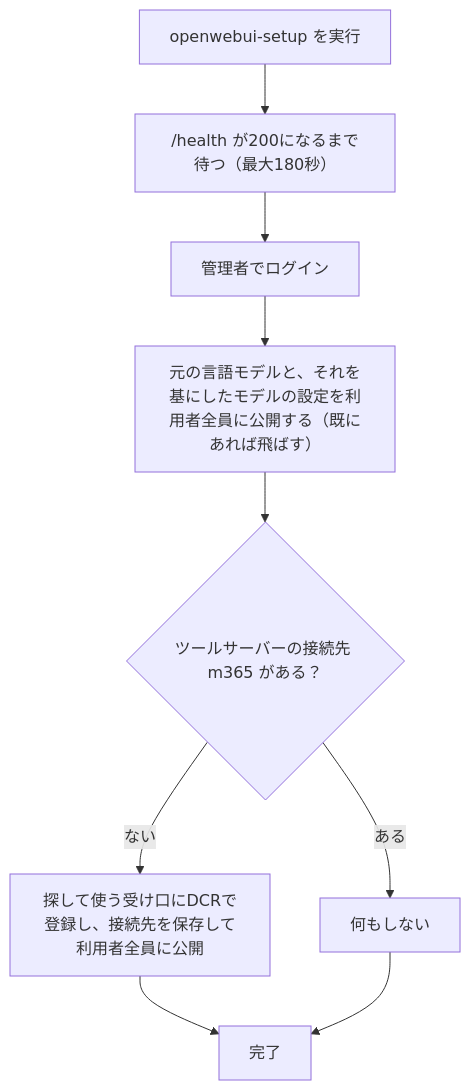
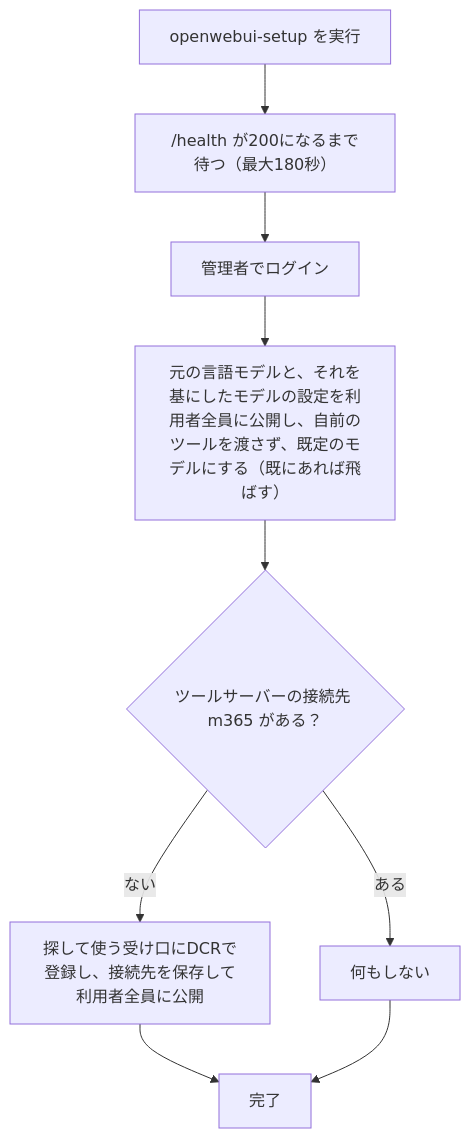
The fifth of 8 diagrams in docs/detail_design.md (notfolder/graph-mcp-gateway), drawn with Mermaid before and after one commit. The commit also changed other lines of this file and 13 other files, not shown here.

````diff
--- a/docs/detail_design.md
+++ b/docs/detail_design.md
@@ -375,11 +375,11 @@
 ```mermaid
 flowchart TD
   A["openwebui-setup を実行"] --> B["/health が200になるまで待つ（最大180秒）"]
   B --> C["管理者でログイン"]
-  C --> D["元の言語モデルと、それを基にしたモデルの設定を利用者全員に公開する（既にあれば飛ばす）"]
+  C --> D["元の言語モデルと、それを基にしたモデルの設定を利用者全員に公開し、自前のツールを渡さず、既定のモデルにする（既にあれば飛ばす）"]
   D --> E{"ツールサーバーの接続先 m365 がある？"}
   E -->|"ある"| G["何もしない"]
   E -->|"ない"| F["探して使う受け口にDCRで登録し、接続先を保存して利用者全員に公開"]
   F --> H["完了"]
   G --> H
 ```
````
